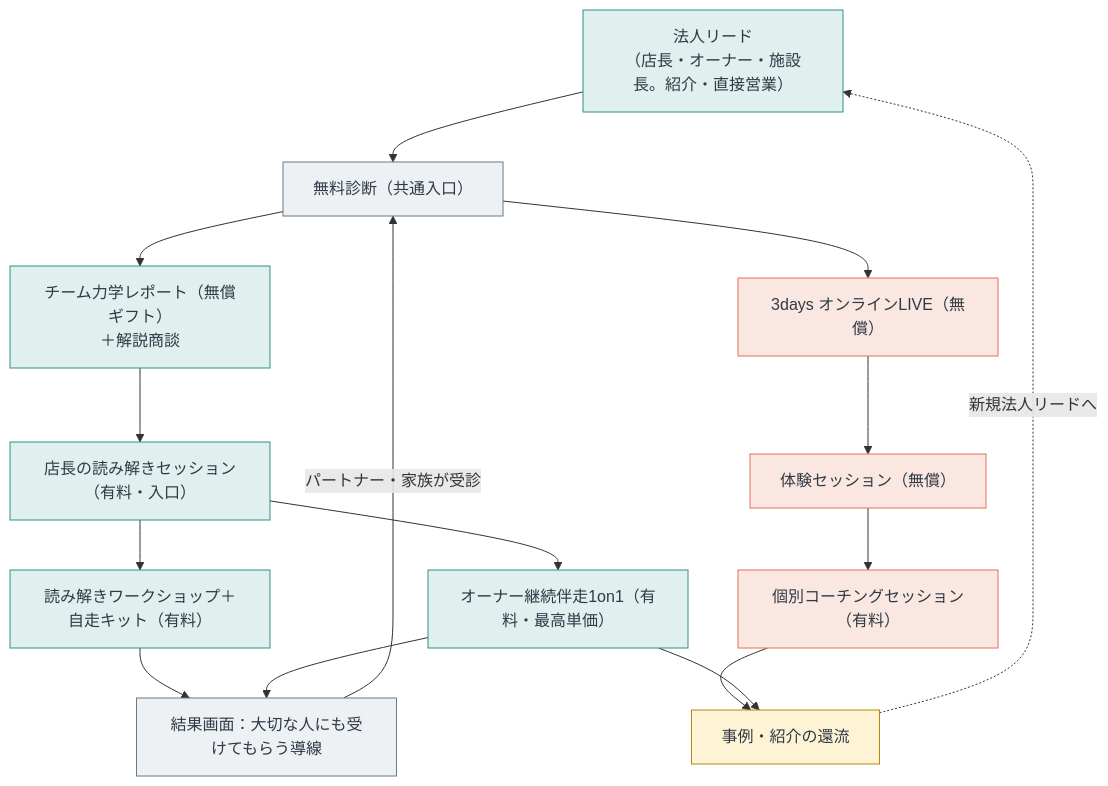
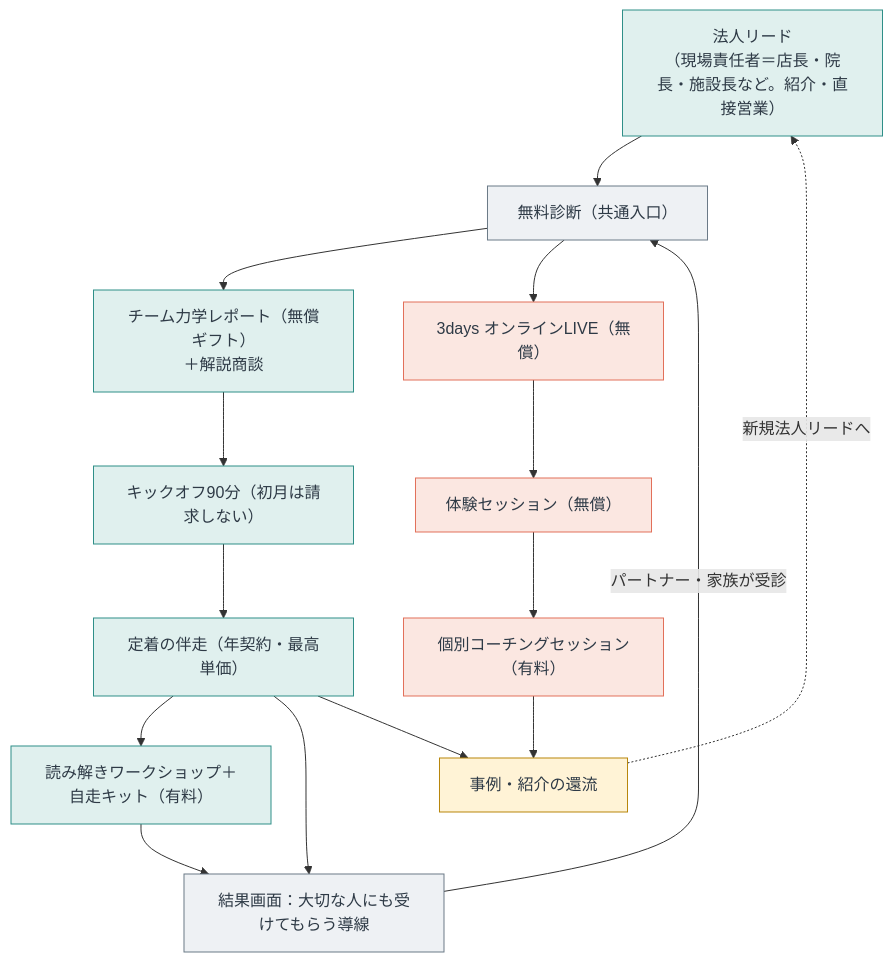
One commit to yuki-b4/work-relation-quiz changed the first of 4 diagrams in ファネル図.md. Above: the diagram before and after it, drawn with Mermaid. The commit also changed other lines of this file and 2 other files, not shown here.

````diff
--- a/ファネル図.md
+++ b/ファネル図.md
@@ -27,37 +27,37 @@
 ```mermaid
 flowchart TD
-  B2B_IN["法人リード<br/>（店長・オーナー・施設長。紹介・直接営業）"]
+  B2B_IN["法人リード<br/>（現場責任者＝店長・院長・施設長など。紹介・直接営業）"]
   QUIZ["無料診断（共通入口）"]
   REPORT["チーム力学レポート（無償ギフト）<br/>＋解説商談"]
-  LEAD1["店長の読み解きセッション（有料・入口）"]
-  EXEC["オーナー継続伴走1on1（有料・最高単価）"]
+  KICK["キックオフ90分（初月は請求しない）"]
+  EXEC["定着の伴走（年契約・最高単価）"]
   WS["読み解きワークショップ＋自走キット（有料）"]
   CTA["結果画面：大切な人にも受けてもらう導線"]
   LIVE["3days オンラインLIVE（無償）"]
   TRIAL["体験セッション（無償）"]
   COACH["個別コーチングセッション（有料）"]
   FLY["事例・紹介の還流"]
 
   B2B_IN --> QUIZ
-  QUIZ --> REPORT --> LEAD1
-  LEAD1 --> EXEC
-  LEAD1 --> WS
+  QUIZ --> REPORT --> KICK
+  KICK --> EXEC
+  EXEC --> WS
   WS --> CTA
   EXEC --> CTA
   CTA -->|"パートナー・家族が受診"| QUIZ
   QUIZ --> LIVE
   LIVE --> TRIAL
   TRIAL --> COACH
   COACH --> FLY
   EXEC --> FLY
   FLY -.->|"新規法人リードへ"| B2B_IN
 
   classDef b2b fill:#E0F0EE,stroke:#2F8F88,color:#2E3A46;
   classDef shared fill:#EEF1F4,stroke:#6B7A87,color:#2E3A46;
   classDef b2c fill:#FBE7E1,stroke:#E2705A,color:#2E3A46;
   classDef fly fill:#FFF3D6,stroke:#B8860B,color:#2E3A46;
-  class B2B_IN,REPORT,LEAD1,WS,EXEC b2b;
+  class B2B_IN,REPORT,KICK,WS,EXEC b2b;
   class QUIZ,CTA shared;
   class LIVE,TRIAL,COACH b2c;
   class FLY fly;
 ```
````
